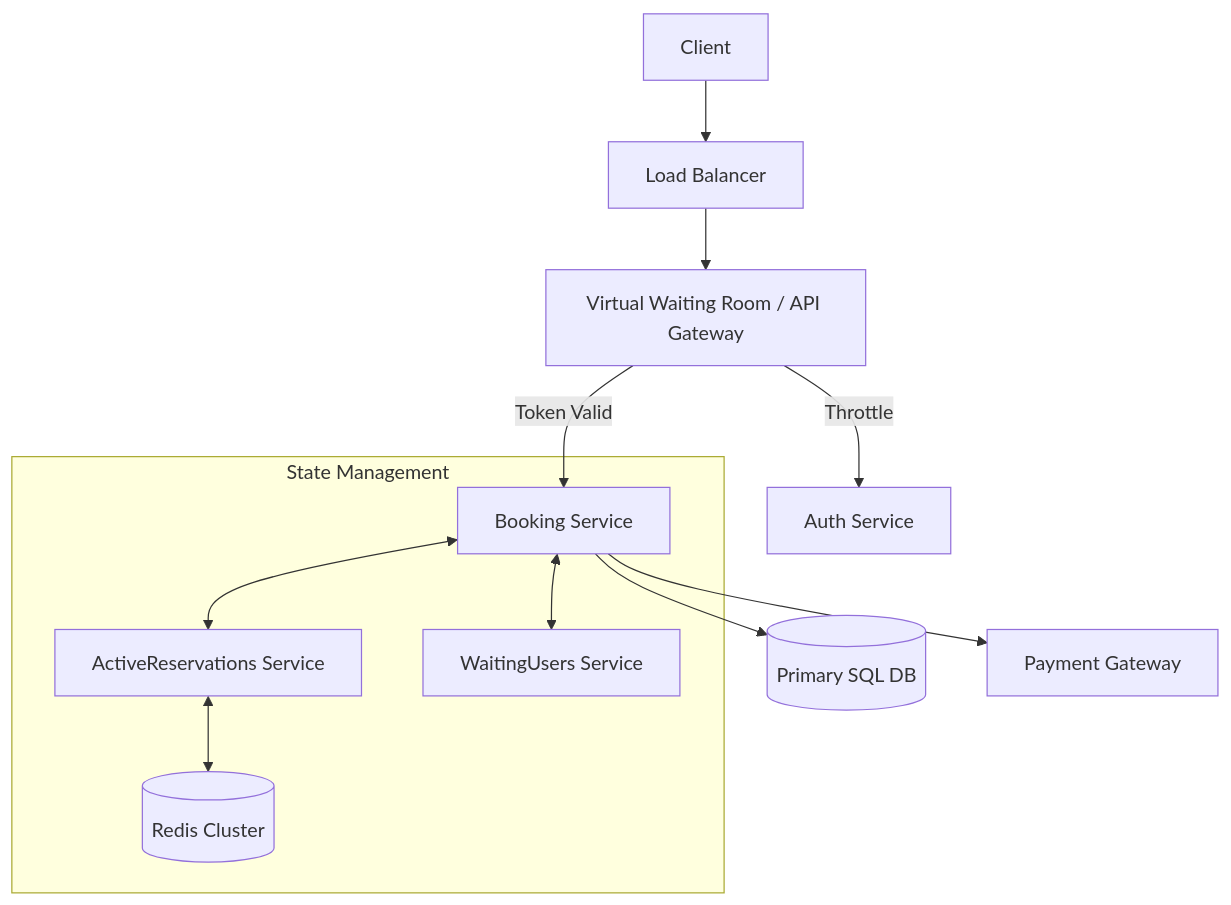
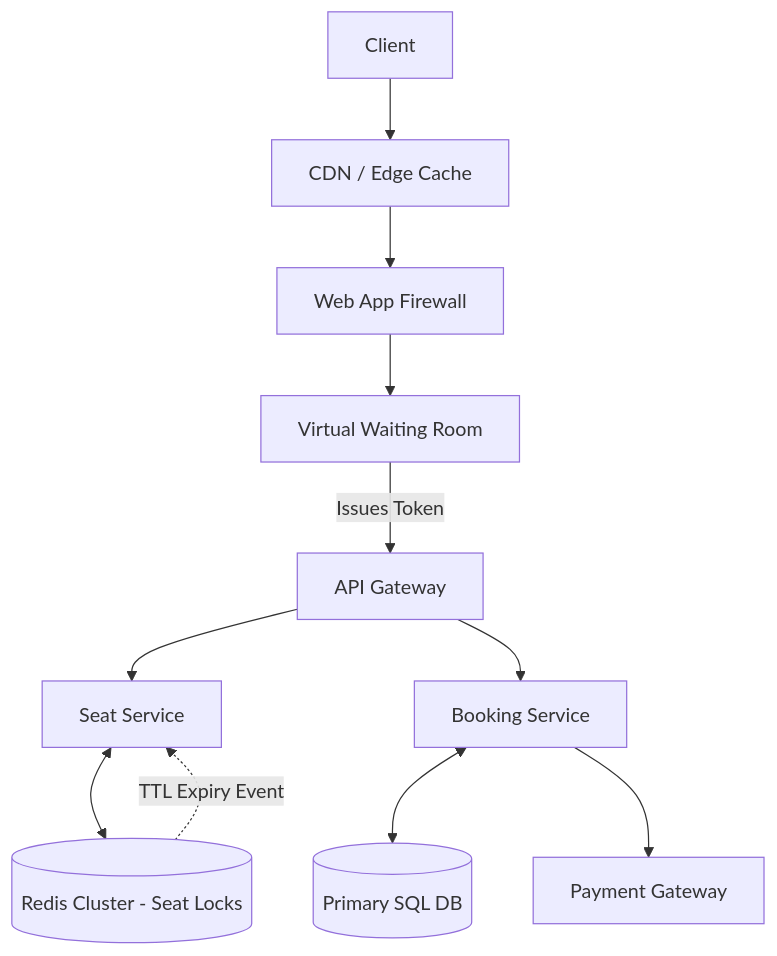
Before and after one commit to Ankur-glitchtracer/docs: the diagram in system_design_hld/architectures/utilities/TICKET_BOOKING.md, drawn with Mermaid. The commit also changed other lines of this file and 277 other files, not shown here.

````diff
--- a/system_design_hld/architectures/utilities/TICKET_BOOKING.md
+++ b/system_design_hld/architectures/utilities/TICKET_BOOKING.md
@@ -40,17 +76,18 @@
 ```mermaid
 graph TD
-    Client --> LB[Load Balancer]
-    LB --> Gateway[Virtual Waiting Room / API Gateway]
+    Client --> CDN[CDN / Edge Cache]
+    CDN --> WAF[Web App Firewall]
+    WAF --> WaitRoom[Virtual Waiting Room]
     
-    Gateway -->|Throttle| Auth[Auth Service]
-    Gateway -->|Token Valid| Booking[Booking Service]
+    WaitRoom -->|Issues Token| API_GW[API Gateway]
     
-    subgraph "State Management"
-        Booking <--> ActiveSvc[ActiveReservations Service]
-        ActiveSvc <--> Redis[(Redis Cluster)]
-        Booking <--> WaitSvc[WaitingUsers Service]
-    end
+    API_GW --> SeatSvc[Seat Service]
+    API_GW --> BookSvc[Booking Service]
     
-    Booking --> DB[(Primary SQL DB)]
-    Booking --> Pay[Payment Gateway]
+    SeatSvc <--> Redis[(Redis Cluster - Seat Locks)]
+    
+    BookSvc <--> DB[(Primary SQL DB)]
+    BookSvc --> Payment[Payment Gateway]
+    
+    Redis -.->|TTL Expiry Event| SeatSvc
 ```
````
